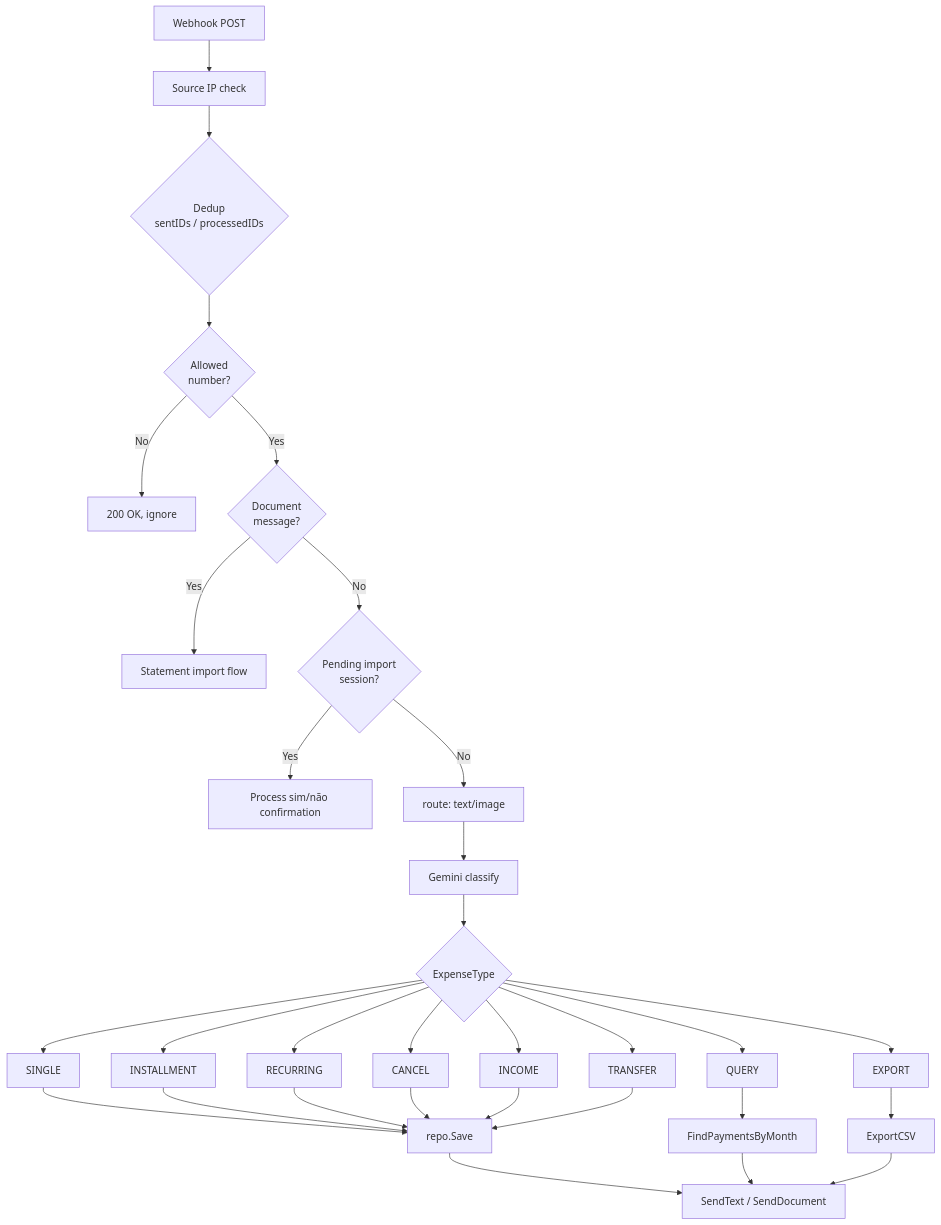
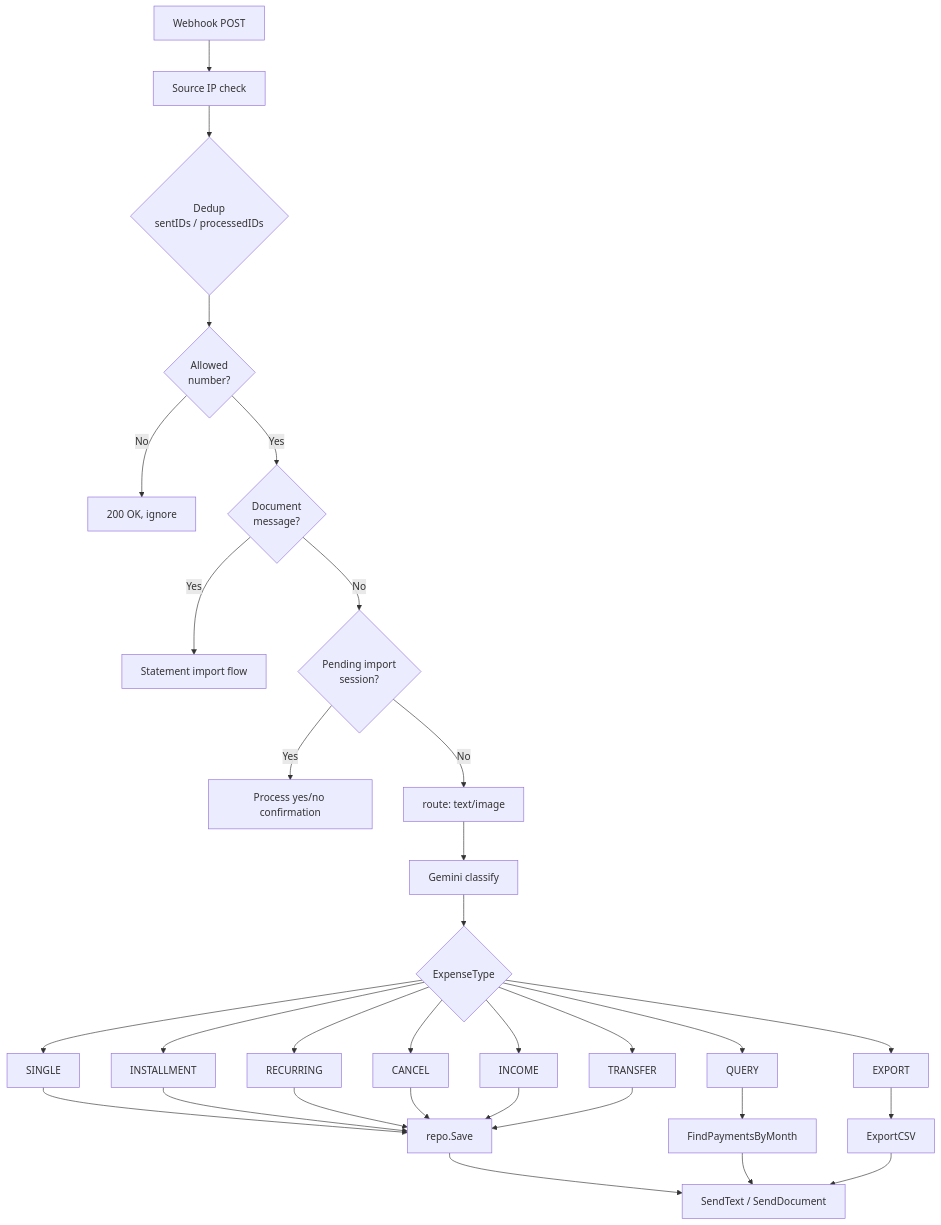
Before and after one commit to Hill-Pham/go-financial-assistant: the fourth of 4 diagrams in docs/ai/design/README.md, drawn with Mermaid. The commit also changed 5 other files, not shown here.

````diff
--- a/docs/ai/design/README.md
+++ b/docs/ai/design/README.md
@@ -220,19 +220,19 @@
 ```mermaid
 flowchart TD
     W[Webhook POST] --> V[Source IP check]
     V --> D{Dedup\nsentIDs / processedIDs}
     D --> A{Allowed\nnumber?}
     A -- No --> SKIP[200 OK, ignore]
     A -- Yes --> DOC{Document\nmessage?}
     DOC -- Yes --> IMPORT[Statement import flow]
     DOC -- No --> PEND{Pending import\nsession?}
-    PEND -- Yes --> CONFIRM[Process sim/não confirmation]
+    PEND -- Yes --> CONFIRM[Process yes/no confirmation]
     PEND -- No --> ROUTE[route: text/image]
     ROUTE --> AI[Gemini classify]
     AI --> TYPE{ExpenseType}
     TYPE --> SINGLE & INSTALLMENT & RECURRING & CANCEL & INCOME & TRANSFER & QUERY & EXPORT
     SINGLE & INSTALLMENT & RECURRING & CANCEL & INCOME & TRANSFER --> SAVE[repo.Save]
     QUERY --> REPORT[FindPaymentsByMonth]
     EXPORT --> CSV[ExportCSV]
     SAVE & REPORT & CSV --> REPLY[SendText / SendDocument]
 ```
````
